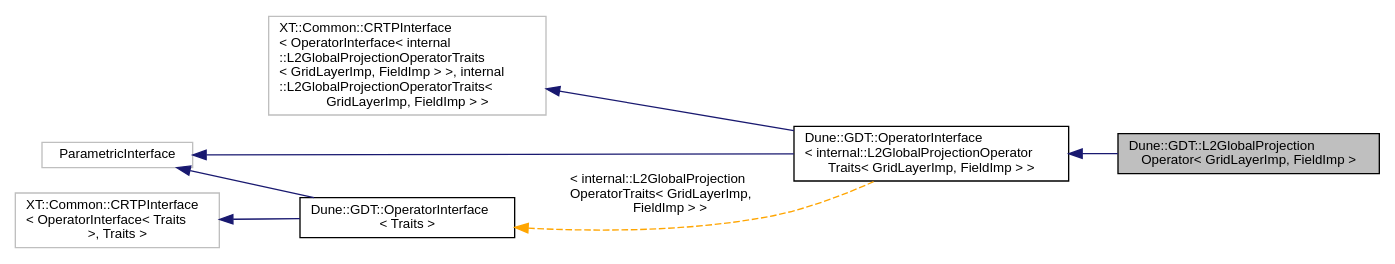
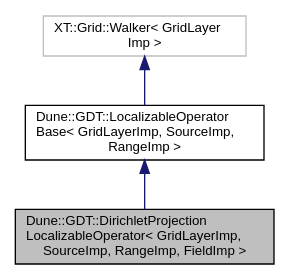
Before and after one commit to dune-community/dune-community.github.io: the diagram in docs/dune-gdt/''/a02275.dot, drawn with Graphviz. The commit also changed 2519 other files, not shown here.

Commit message:
Updated documentation for dune-gdt ''

```diff
--- a/docs/dune-gdt/''/a02275.dot
+++ b/docs/dune-gdt/''/a02275.dot
@@ -1,18 +1,10 @@
-digraph "Dune::GDT::L2GlobalProjectionOperator&lt; GridLayerImp, FieldImp &gt;"
+digraph "Dune::GDT::DirichletProjectionLocalizableOperator&lt; GridLayerImp, SourceImp, RangeImp, FieldImp &gt;"
 {
   edge [fontname="Helvetica",fontsize="10",labelfontname="Helvetica",labelfontsize="10"];
   node [fontname="Helvetica",fontsize="10",shape=record];
-  rankdir="LR";
-  Node0 [label="Dune::GDT::L2GlobalProjection\lOperator\< GridLayerImp, FieldImp \>",height=0.2,width=0.4,color="black", fillcolor="grey75", style="filled", fontcolor="black"];
+  Node0 [label="Dune::GDT::DirichletProjection\lLocalizableOperator\< GridLayerImp,\l SourceImp, RangeImp, FieldImp \>",height=0.2,width=0.4,color="black", fillcolor="grey75", style="filled", fontcolor="black"];
   Node1 -> Node0 [dir="back",color="midnightblue",fontsize="10",style="solid",fontname="Helvetica"];
-  Node1 [label="Dune::GDT::OperatorInterface\l\< internal::L2GlobalProjectionOperator\lTraits\< GridLayerImp, FieldImp \> \>",height=0.2,width=0.4,color="black", fillcolor="white", style="filled",URL="$a02132.html"];
+  Node1 [label="Dune::GDT::LocalizableOperator\lBase\< GridLayerImp, SourceImp,\l RangeImp \>",height=0.2,width=0.4,color="black", fillcolor="white", style="filled",URL="$a01784.html"];
   Node2 -> Node1 [dir="back",color="midnightblue",fontsize="10",style="solid",fontname="Helvetica"];
-  Node2 [label="XT::Common::CRTPInterface\l\< OperatorInterface\< internal\l::L2GlobalProjectionOperatorTraits\l\< GridLayerImp, FieldImp \> \>, internal\l::L2GlobalProjectionOperatorTraits\<\l GridLayerImp, FieldImp \> \>",height=0.2,width=0.4,color="grey75", fillcolor="white", style="filled"];
-  Node3 -> Node1 [dir="back",color="midnightblue",fontsize="10",style="solid",fontname="Helvetica"];
-  Node3 [label="ParametricInterface",height=0.2,width=0.4,color="grey75", fillcolor="white", style="filled"];
-  Node4 -> Node1 [dir="back",color="orange",fontsize="10",style="dashed",label=" \< internal::L2GlobalProjection\lOperatorTraits\< GridLayerImp,\l FieldImp \> \>" ,fontname="Helvetica"];
-  Node4 [label="Dune::GDT::OperatorInterface\l\< Traits \>",height=0.2,width=0.4,color="black", fillcolor="white", style="filled",URL="$a02132.html"];
-  Node5 -> Node4 [dir="back",color="midnightblue",fontsize="10",style="solid",fontname="Helvetica"];
-  Node5 [label="XT::Common::CRTPInterface\l\< OperatorInterface\< Traits\l \>, Traits \>",height=0.2,width=0.4,color="grey75", fillcolor="white", style="filled"];
-  Node3 -> Node4 [dir="back",color="midnightblue",fontsize="10",style="solid",fontname="Helvetica"];
+  Node2 [label="XT::Grid::Walker\< GridLayer\lImp \>",height=0.2,width=0.4,color="grey75", fillcolor="white", style="filled"];
 }
```
